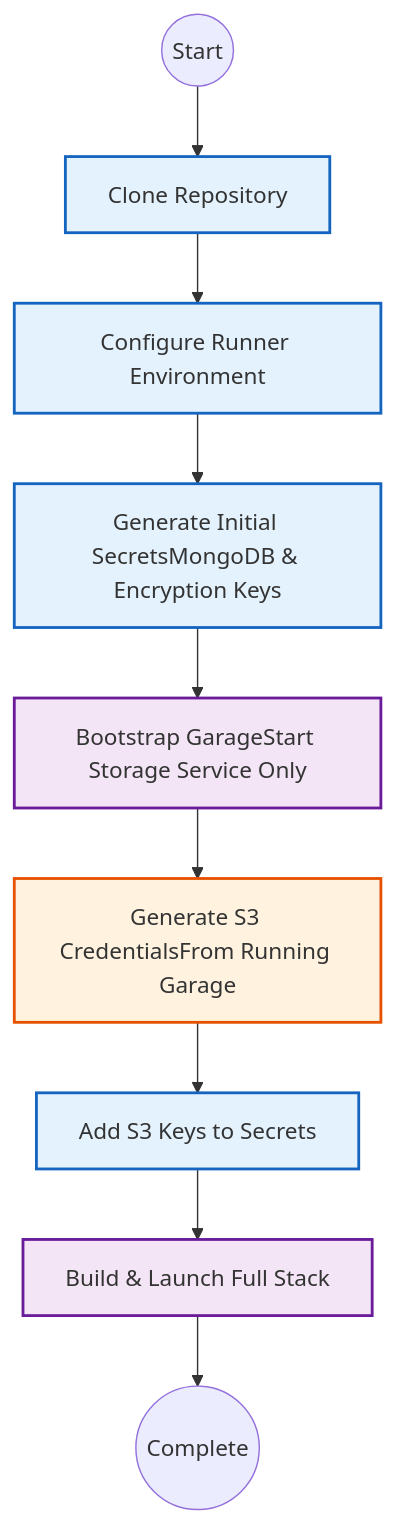
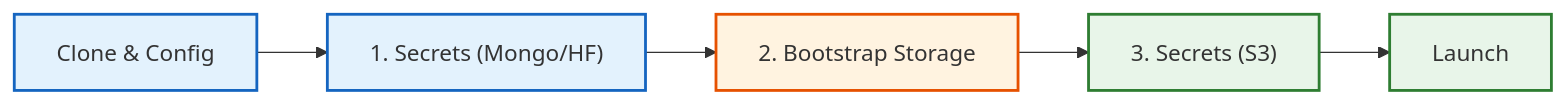
One commit to sdsc-ordes/debates-analytics changed the diagram in docs/docs/installation/core.md. Above: the diagram before and after it, drawn with Mermaid. The commit also changed other lines of this file, not shown here.

````diff
--- a/docs/docs/installation/core.md
+++ b/docs/docs/installation/core.md
@@ -34,19 +18,22 @@
 ```mermaid
-graph TD
-    Start((Start)) --> Clone[Clone Repository]
-    Clone --> EnvSetup[Configure Runner Environment]
-    EnvSetup --> Secrets1[Generate Initial SecretsMongoDB & Encryption Keys]
-    Secrets1 --> Bootstrap[Bootstrap GarageStart Storage Service Only]
-    Bootstrap --> GenKeys[Generate S3 CredentialsFrom Running Garage]
-    GenKeys --> Secrets2[Add S3 Keys to Secrets]
-    Secrets2 --> Launch[Build & Launch Full Stack]
-    Launch --> Complete((Complete))
+graph LR
+    %% Step 1 Nodes
+    A[Clone & Config] --> B["1. Secrets (Mongo/HF)"]
 
-    classDef setup fill:#e3f2fd,stroke:#1565c0,stroke-width:2px
-    classDef action fill:#fff3e0,stroke:#e65100,stroke-width:2px
-    classDef storage fill:#f3e5f5,stroke:#6a1b9a,stroke-width:2px
+    %% Step 2 Node
+    B --> C["2. Bootstrap Storage"]
 
-    class Clone,EnvSetup,Secrets1,Secrets2 setup
-    class GenKeys action
-    class Bootstrap,Launch storage
+    %% Step 3 Nodes
+    C --> D["3. Secrets (S3)"] --> E[Launch]
+
+    %% Styles corresponding to the 3 text sections
+    classDef step1 fill:#e3f2fd,stroke:#1565c0,stroke-width:2px
+    classDef step2 fill:#fff3e0,stroke:#e65100,stroke-width:2px
+    classDef step3 fill:#e8f5e9,stroke:#2e7d32,stroke-width:2px
+
+    %% Apply Classes
+    class A,B step1
+    class C step2
+    class D,E step3
+
 ```
````
